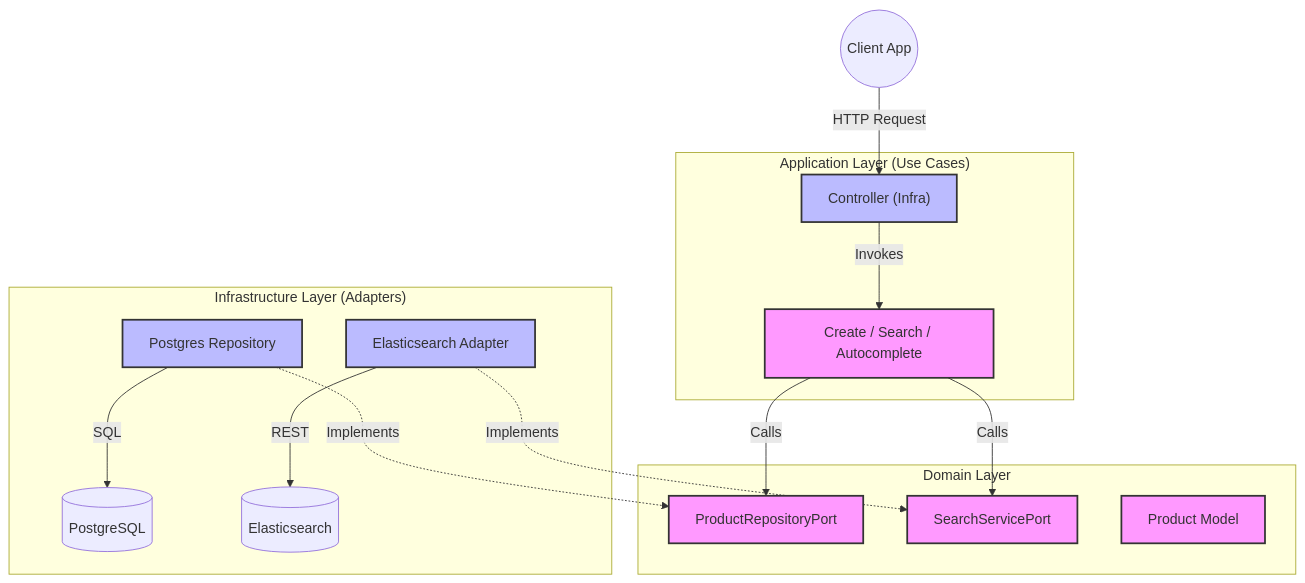
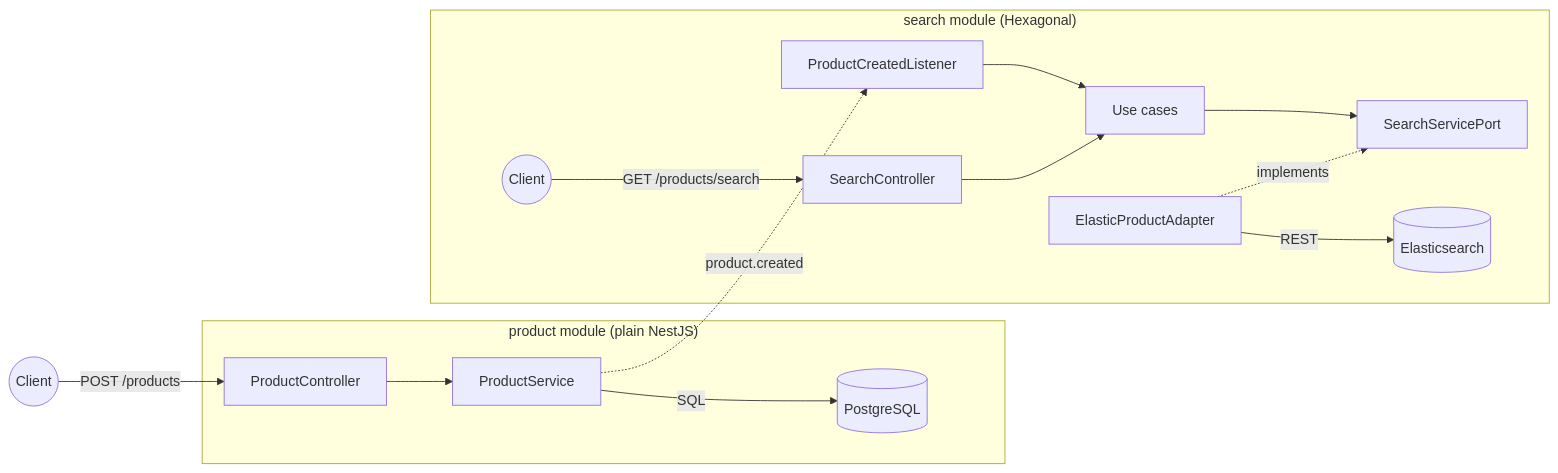
Before and after one commit to AngelPenalver/Backend-Technical-Challenge-Advanced-Search-System: the diagram in README.md, drawn with Mermaid. The commit also changed other lines of this file and 39 other files, not shown here.

First line of the commit message:
refactor: split product CRUD and search into separate modules

````diff
--- a/README.md
+++ b/README.md
@@ -35,28 +45,20 @@
 ```mermaid
-graph TD
-    Client(("Client App")) -->|HTTP Request| Controller["Controller (Infra)"]
+graph LR
+    Client(("Client")) -->|POST /products| ProductController
 
-    subgraph "Application Layer (Use Cases)"
-        Controller -->|Invokes| UseCase["Create / Search / Autocomplete"]
+    subgraph product ["product module (plain NestJS)"]
+        ProductController --> ProductService
+        ProductService -->|SQL| DB[("PostgreSQL")]
     end
 
-    subgraph "Domain Layer"
-        UseCase -->|Calls| PortRepo["ProductRepositoryPort"]
-        UseCase -->|Calls| PortSearch["SearchServicePort"]
-        Model["Product Model"]
+    ProductService -.->|product.created| Listener
+
+    subgraph search ["search module (Hexagonal)"]
+        Client2(("Client")) -->|GET /products/search| SearchController
+        Listener["ProductCreatedListener"] --> UseCases["Use cases"]
+        SearchController --> UseCases
+        UseCases --> Port["SearchServicePort"]
+        Adapter["ElasticProductAdapter"] -.->|implements| Port
+        Adapter -->|REST| Elastic[("Elasticsearch")]
     end
-
-    subgraph "Infrastructure Layer (Adapters)"
-        RepoAdapter["Postgres Repository"] -.->|Implements| PortRepo
-        SearchAdapter["Elasticsearch Adapter"] -.->|Implements| PortSearch
-
-        RepoAdapter -->|SQL| DB[("PostgreSQL")]
-        SearchAdapter -->|REST| Elastic[("Elasticsearch")]
-    end
-
-    classDef domain fill:#f9f,stroke:#333,stroke-width:2px;
-    classDef infra fill:#bbf,stroke:#333,stroke-width:2px;
-
-    class UseCase,PortRepo,PortSearch,Model domain;
-    class Controller,RepoAdapter,SearchAdapter infra;
 ```
````
